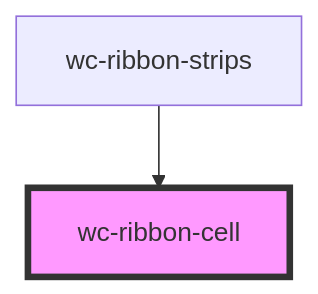
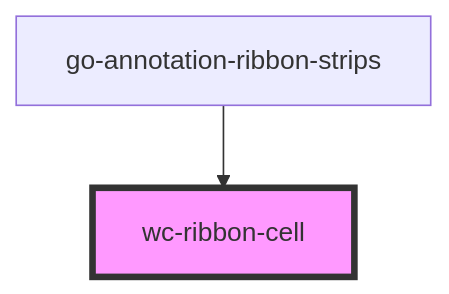
Before and after one commit to geneontology/web-components: the diagram in src/components/go-ribbon-cell/readme.md, drawn with Mermaid. The commit also changed other lines of this file and 11 other files, not shown here.

Commit message:
Rename wc-ribbon-strips to go-annotation-ribbon-strips

````diff
--- a/src/components/go-ribbon-cell/readme.md
+++ b/src/components/go-ribbon-cell/readme.md
@@ -31,5 +31,5 @@
 ```mermaid
 graph TD;
-  wc-ribbon-strips --> wc-ribbon-cell
+  go-annotation-ribbon-strips --> wc-ribbon-cell
   style wc-ribbon-cell fill:#f9f,stroke:#333,stroke-width:4px
 ```
````
